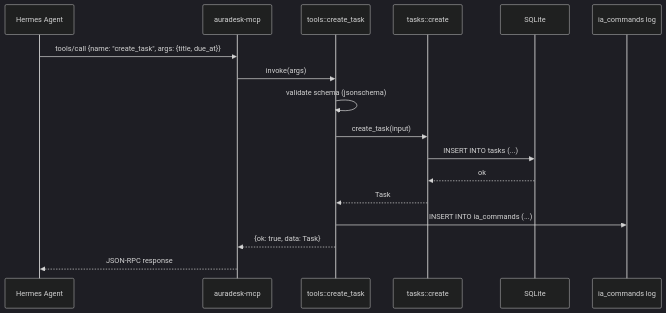
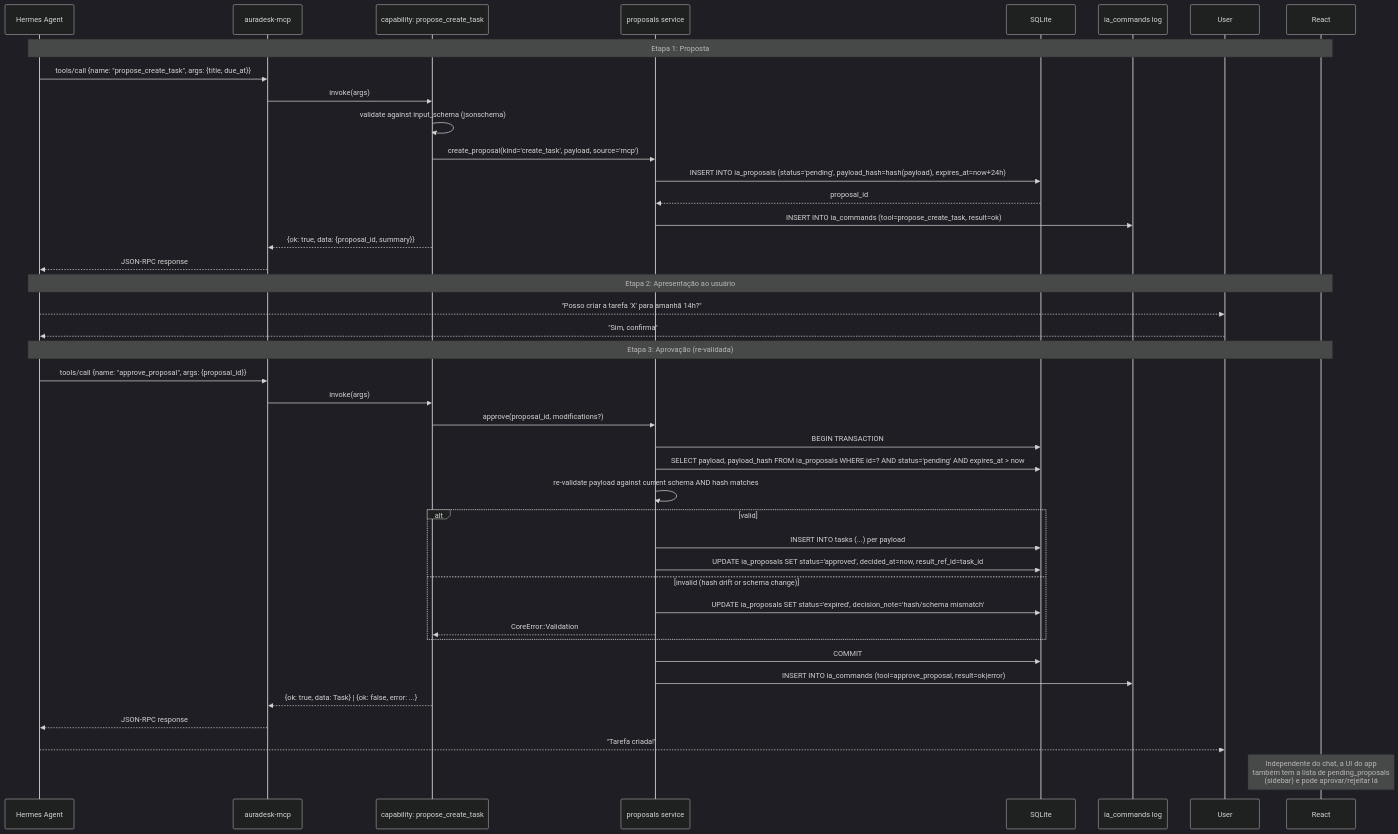
Before and after one commit to RAGton/aura-desk: the fourth of 10 diagrams in docs/superpowers/specs/2026-10-16-auradesk-mvp-design.md, drawn with Mermaid (dark theme). The commit also changed other lines of this file, not shown here.

````diff
--- a/docs/superpowers/specs/2026-10-16-auradesk-mvp-design.md
+++ b/docs/superpowers/specs/2026-10-16-auradesk-mvp-design.md
@@ -197,20 +215,48 @@
 ```mermaid
 sequenceDiagram
     participant H as Hermes Agent
     participant M as auradesk-mcp
-    participant TOOL as tools::create_task
-    participant APP as tasks::create
+    participant TOOL as capability: propose_create_task
+    participant APP as proposals service
     participant DB as SQLite
     participant AUD as ia_commands log
+    participant U as User
+    participant UI as React
 
-    H->>M: tools/call {name: "create_task", args: {title, due_at}}
+    Note over H,UI: Etapa 1: Proposta
+    H->>M: tools/call {name: "propose_create_task", args: {title, due_at}}
     M->>TOOL: invoke(args)
-    TOOL->>TOOL: validate schema (jsonschema)
-    TOOL->>APP: create_task(input)
-    APP->>DB: INSERT INTO tasks (...)
-    DB-->>APP: ok
-    APP-->>TOOL: Task
-    TOOL->>AUD: INSERT INTO ia_commands (...)
-    TOOL-->>M: {ok: true, data: Task}
+    TOOL->>TOOL: validate against input_schema (jsonschema)
+    TOOL->>APP: create_proposal(kind='create_task', payload, source='mcp')
+    APP->>DB: INSERT INTO ia_proposals (status='pending', payload_hash=hash(payload), expires_at=now+24h)
+    DB-->>APP: proposal_id
+    APP->>AUD: INSERT INTO ia_commands (tool=propose_create_task, result=ok)
+    TOOL-->>M: {ok: true, data: {proposal_id, summary}}
     M-->>H: JSON-RPC response
+
+    Note over H,UI: Etapa 2: Apresentação ao usuário
+    H-->>U: "Posso criar a tarefa 'X' para amanhã 14h?"
+    U-->>H: "Sim, confirma"
+    
+    Note over H,UI: Etapa 3: Aprovação (re-validada)
+    H->>M: tools/call {name: "approve_proposal", args: {proposal_id}}
+    M->>TOOL: invoke(args)
+    TOOL->>APP: approve(proposal_id, modifications?)
+    APP->>DB: BEGIN TRANSACTION
+    APP->>DB: SELECT payload, payload_hash FROM ia_proposals WHERE id=? AND status='pending' AND expires_at > now
+    APP->>APP: re-validate payload against current schema AND hash matches
+    alt valid
+        APP->>DB: INSERT INTO tasks (...) per payload
+        APP->>DB: UPDATE ia_proposals SET status='approved', decided_at=now, result_ref_id=task_id
+    else invalid (hash drift or schema change)
+        APP->>DB: UPDATE ia_proposals SET status='expired', decision_note='hash/schema mismatch'
+        APP-->>TOOL: CoreError::Validation
+    end
+    APP->>DB: COMMIT
+    APP->>AUD: INSERT INTO ia_commands (tool=approve_proposal, result=ok|error)
+    TOOL-->>M: {ok: true, data: Task} | {ok: false, error: ...}
+    M-->>H: JSON-RPC response
+    H-->>U: "Tarefa criada!"
+    
+    Note over UI: Independente do chat, a UI do app<br/>também tem a lista de pending_proposals<br/>(sidebar) e pode aprovar/rejeitar lá
 ```
````
